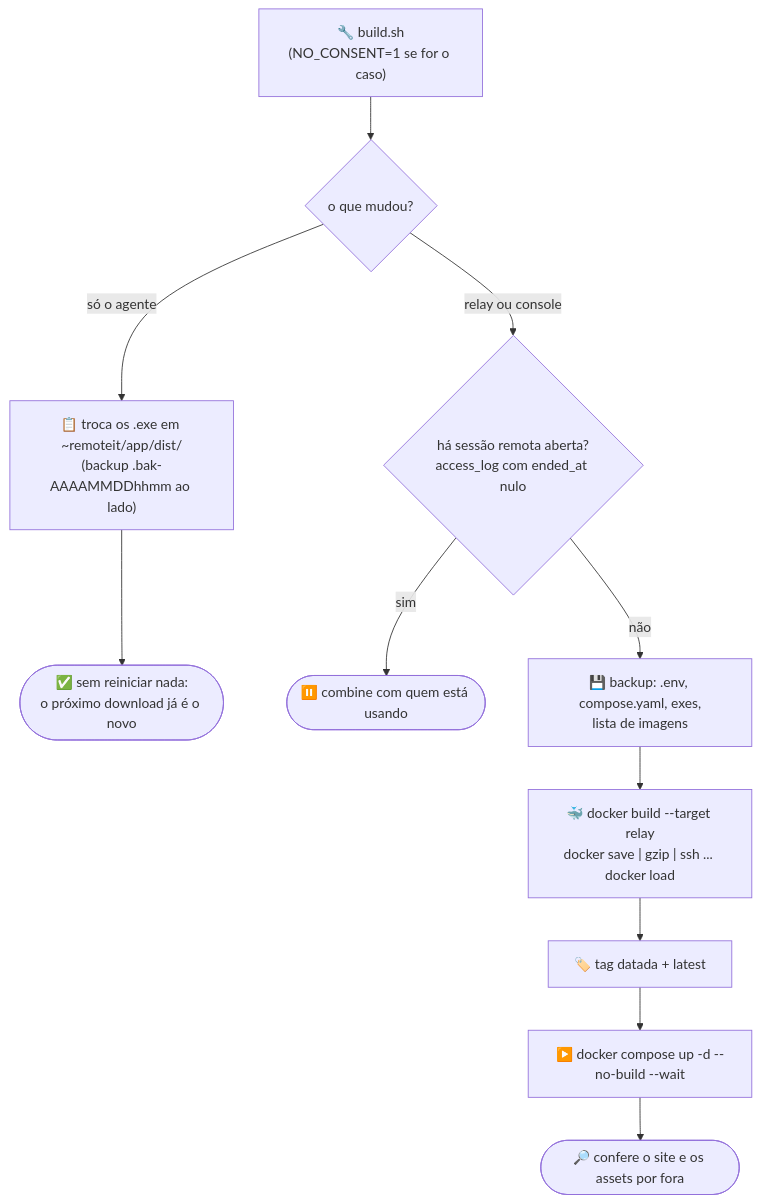
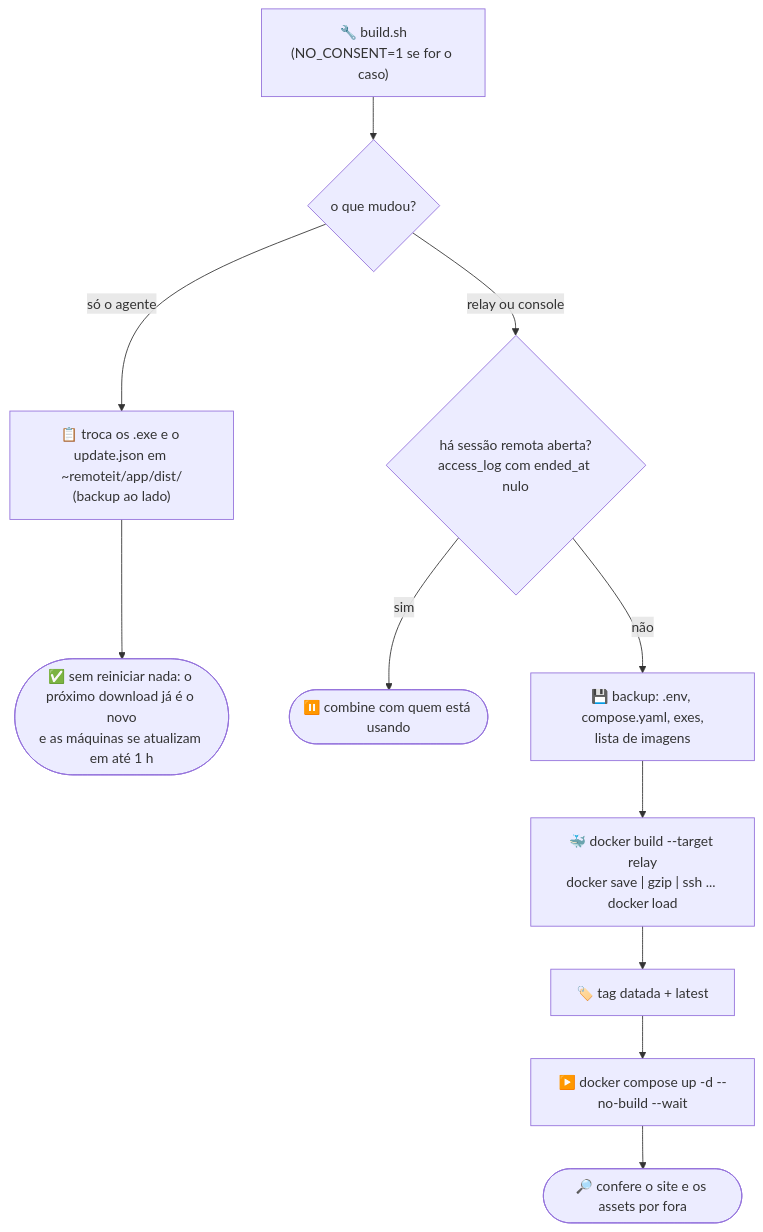
One commit to caetasousa/remoteIT changed the second of 2 diagrams in docs/DEPLOY.md. Above: the diagram before and after it, drawn with Mermaid. The commit also changed other lines of this file and 63 other files, not shown here.

````diff
--- a/docs/DEPLOY.md
+++ b/docs/DEPLOY.md
@@ -142,12 +155,12 @@
 ```mermaid
 flowchart TD
     B["🔧 build.sh<br/>(NO_CONSENT=1 se for o caso)"] --> Q{"o que mudou?"}
-    Q -- "só o agente" --> EXE["📋 troca os .exe em ~remoteit/app/dist/<br/>(backup .bak-AAAAMMDDhhmm ao lado)"]
-    EXE --> OK(["✅ sem reiniciar nada:<br/>o próximo download já é o novo"])
+    Q -- "só o agente" --> EXE["📋 troca os .exe e o update.json em ~remoteit/app/dist/<br/>(backup ao lado)"]
+    EXE --> OK(["✅ sem reiniciar nada: o próximo download já é o novo<br/>e as máquinas se atualizam em até 1 h"])
     Q -- "relay ou console" --> S{"há sessão remota aberta?<br/>access_log com ended_at nulo"}
     S -- sim --> ASK(["⏸️ combine com quem está usando"])
     S -- não --> BK["💾 backup: .env, compose.yaml, exes,<br/>lista de imagens"]
     BK --> IMG["🐳 docker build --target relay<br/>docker save | gzip | ssh ... docker load"]
     IMG --> TAG["🏷️ tag datada + latest"] --> UP["▶️ docker compose up -d --no-build --wait"]
     UP --> VER(["🔎 confere o site e os assets por fora"])
 ```
````
